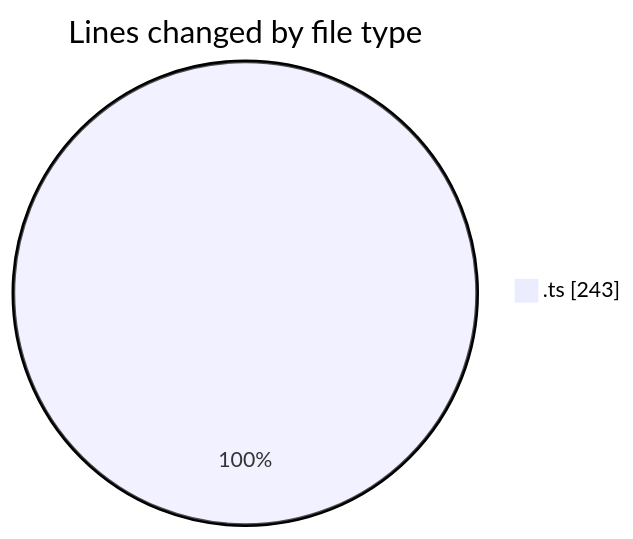
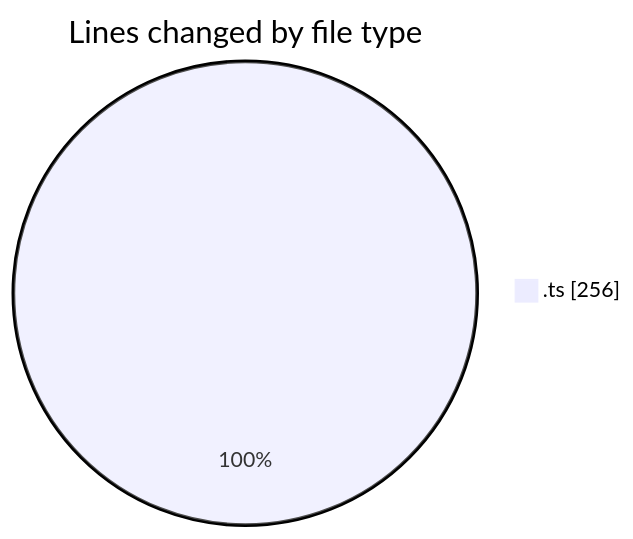
The first of 2 diagrams in 2025-07-28/vtuber/README.md (EIIisD/code-tracking), drawn with Mermaid before and after one commit. The commit also changed other lines of this file and 1 other file, not shown here.

````diff
--- a/2025-07-28/vtuber/README.md
+++ b/2025-07-28/vtuber/README.md
@@ -20,5 +20,5 @@
 ```mermaid
 pie showData
 title Lines changed by file type
-".ts" : 243
+".ts" : 256
 ```
````
